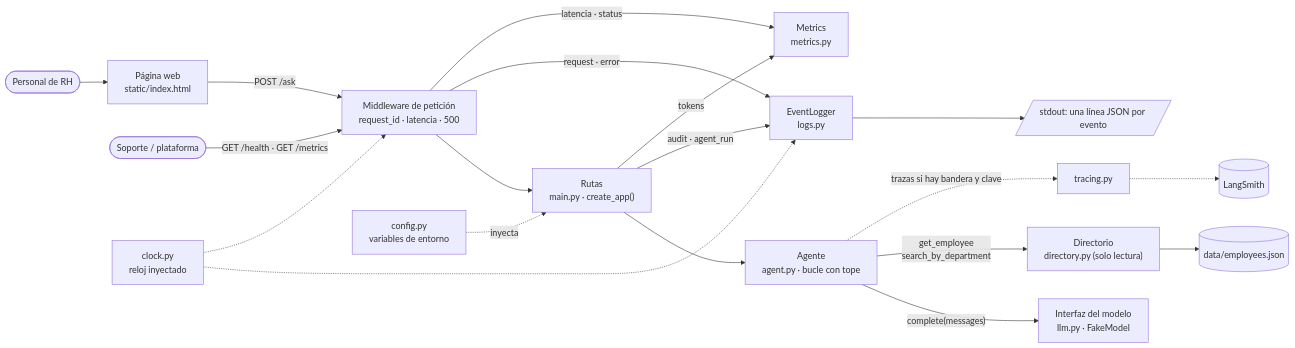
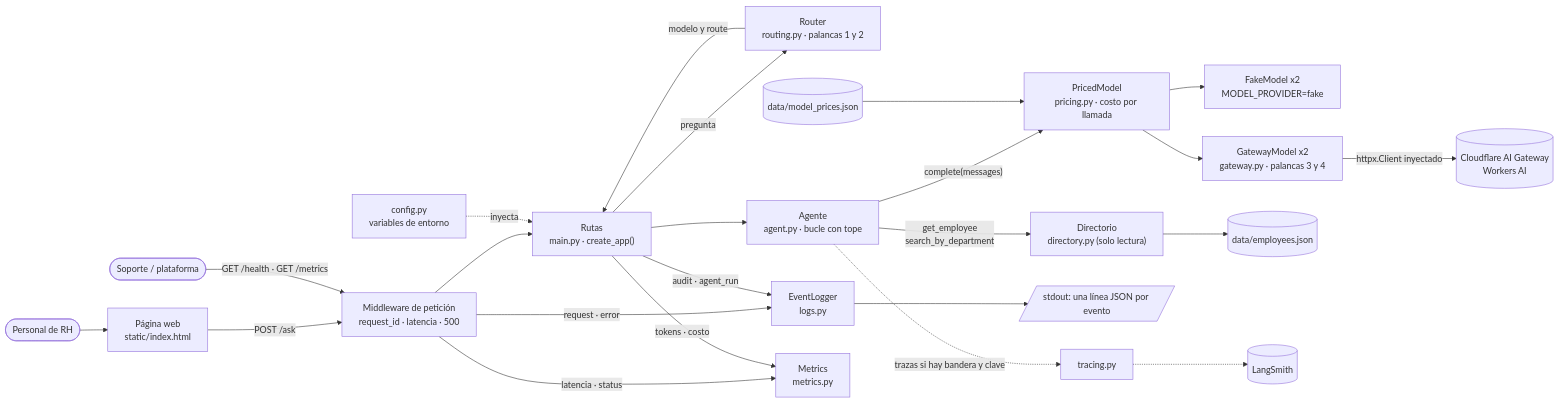
Before and after one commit to Xochitlsw/m4-hr-assistant: the first of 2 diagrams in product/doc/architecture.md, drawn with Mermaid. The commit also changed other lines of this file and 49 other files, not shown here.

````diff
--- a/product/doc/architecture.md
+++ b/product/doc/architecture.md
@@ -19,21 +23,25 @@
 ```mermaid
 flowchart LR
   user(["Personal de RH"]) --> page["Página web<br/>static/index.html"]
   page -- "POST /ask" --> mw["Middleware de petición<br/>request_id · latencia · 500"]
   ops(["Soporte / plataforma"]) -- "GET /health · GET /metrics" --> mw
   mw --> api["Rutas<br/>main.py · create_app()"]
+  api -- "pregunta" --> router["Router<br/>routing.py · palancas 1 y 2"]
+  router -- "modelo y route" --> api
   api --> agent["Agente<br/>agent.py · bucle con tope"]
-  agent -- "complete(messages)" --> model["Interfaz del modelo<br/>llm.py · FakeModel"]
+  agent -- "complete(messages)" --> priced["PricedModel<br/>pricing.py · costo por llamada"]
+  priced --> fake["FakeModel x2<br/>MODEL_PROVIDER=fake"]
+  priced --> gw["GatewayModel x2<br/>gateway.py · palancas 3 y 4"]
+  gw -- "httpx.Client inyectado" --> cf[("Cloudflare AI Gateway<br/>Workers AI")]
+  prices[("data/model_prices.json")] --> priced
   agent -- "get_employee<br/>search_by_department" --> dir["Directorio<br/>directory.py (solo lectura)"]
   dir --> data[("data/employees.json")]
   mw -- "request · error" --> logs["EventLogger<br/>logs.py"]
   api -- "audit · agent_run" --> logs
   logs --> stdout[/"stdout: una línea JSON por evento"/]
   mw -- "latencia · status" --> metrics["Metrics<br/>metrics.py"]
-  api -- "tokens" --> metrics
+  api -- "tokens · costo" --> metrics
   agent -. "trazas si hay bandera y clave" .-> tracing["tracing.py"]
   tracing -.-> langsmith[("LangSmith")]
-  clock["clock.py<br/>reloj inyectado"] -.-> logs
-  clock -.-> mw
   config["config.py<br/>variables de entorno"] -. "inyecta" .-> api
 ```
````
